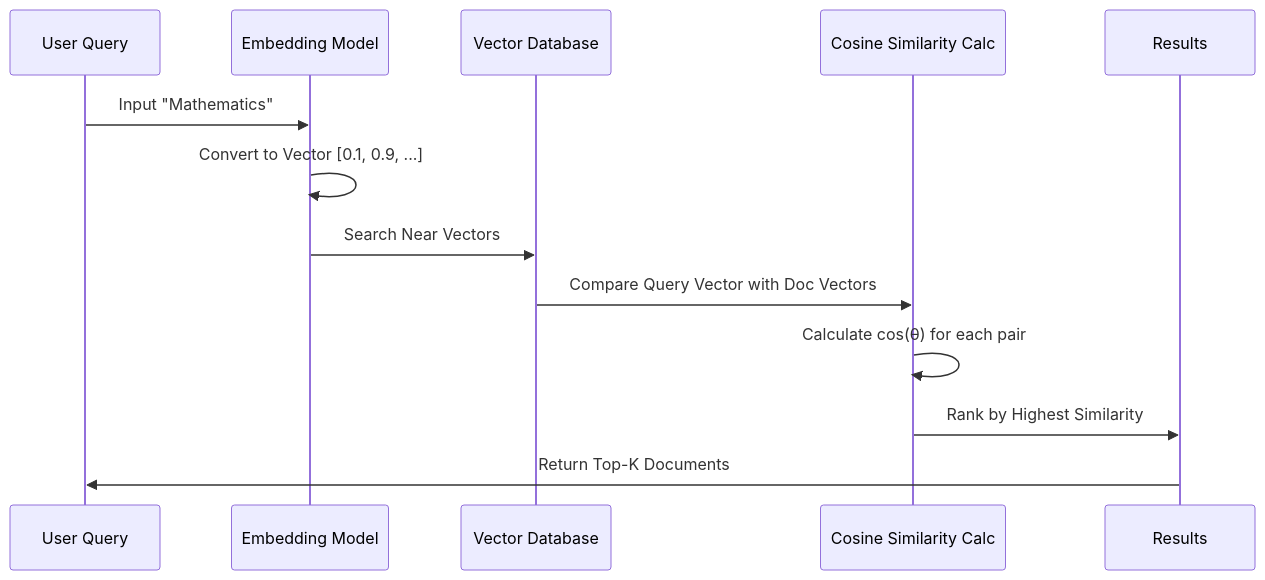
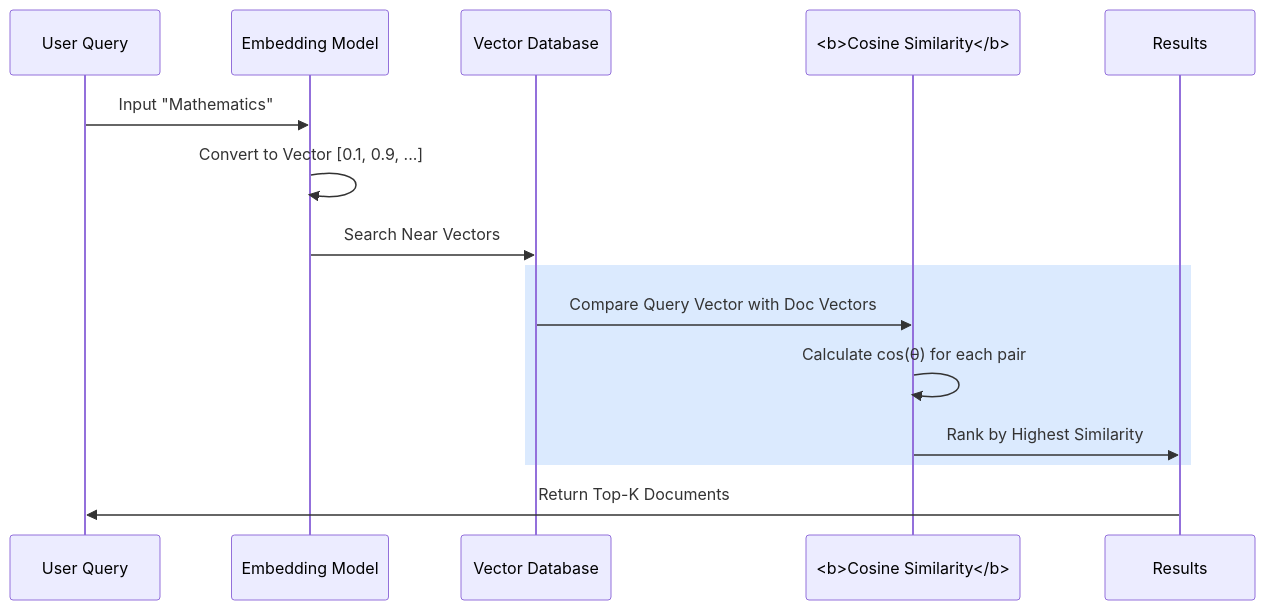
One commit to ilwon-seo/terms changed the third of 3 diagrams in C/Cosine similarity.md. Above: the diagram before and after it, drawn with Mermaid. The commit also changed other lines of this file and 18 other files, not shown here.

Commit message:
Standardize current-term Mermaid styling

````diff
--- a/C/Cosine similarity.md
+++ b/C/Cosine similarity.md
@@ -124,16 +132,18 @@
 ```mermaid
 sequenceDiagram
     participant U as User Query
     participant E as Embedding Model
     participant DB as Vector Database
-    participant S as Cosine Similarity Calc
+    participant S as <b>Cosine Similarity</b>
     participant R as Results
 
     U->>E: Input "Mathematics"
     E->>E: Convert to Vector [0.1, 0.9, ...]
     E->>DB: Search Near Vectors
+    rect rgb(219, 234, 254)
     DB->>S: Compare Query Vector with Doc Vectors
     S->>S: Calculate cos(θ) for each pair
     S->>R: Rank by Highest Similarity
+    end
     R->>U: Return Top-K Documents
 ```
````
